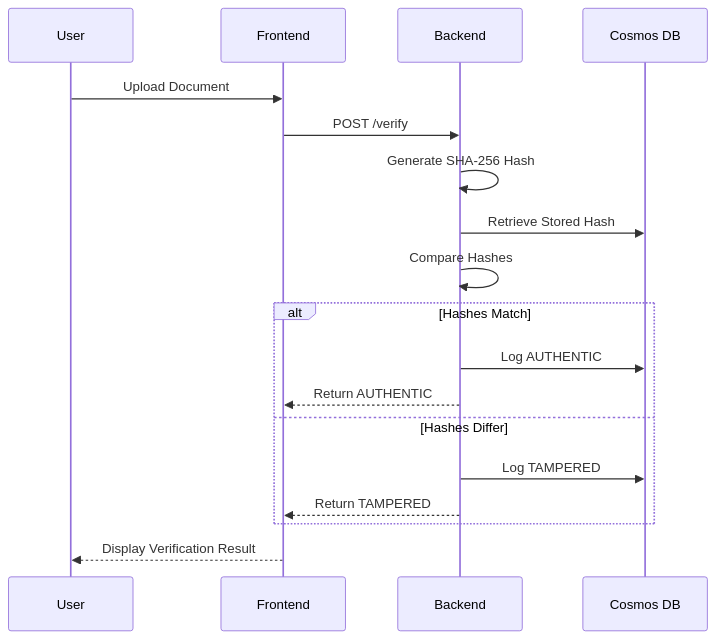
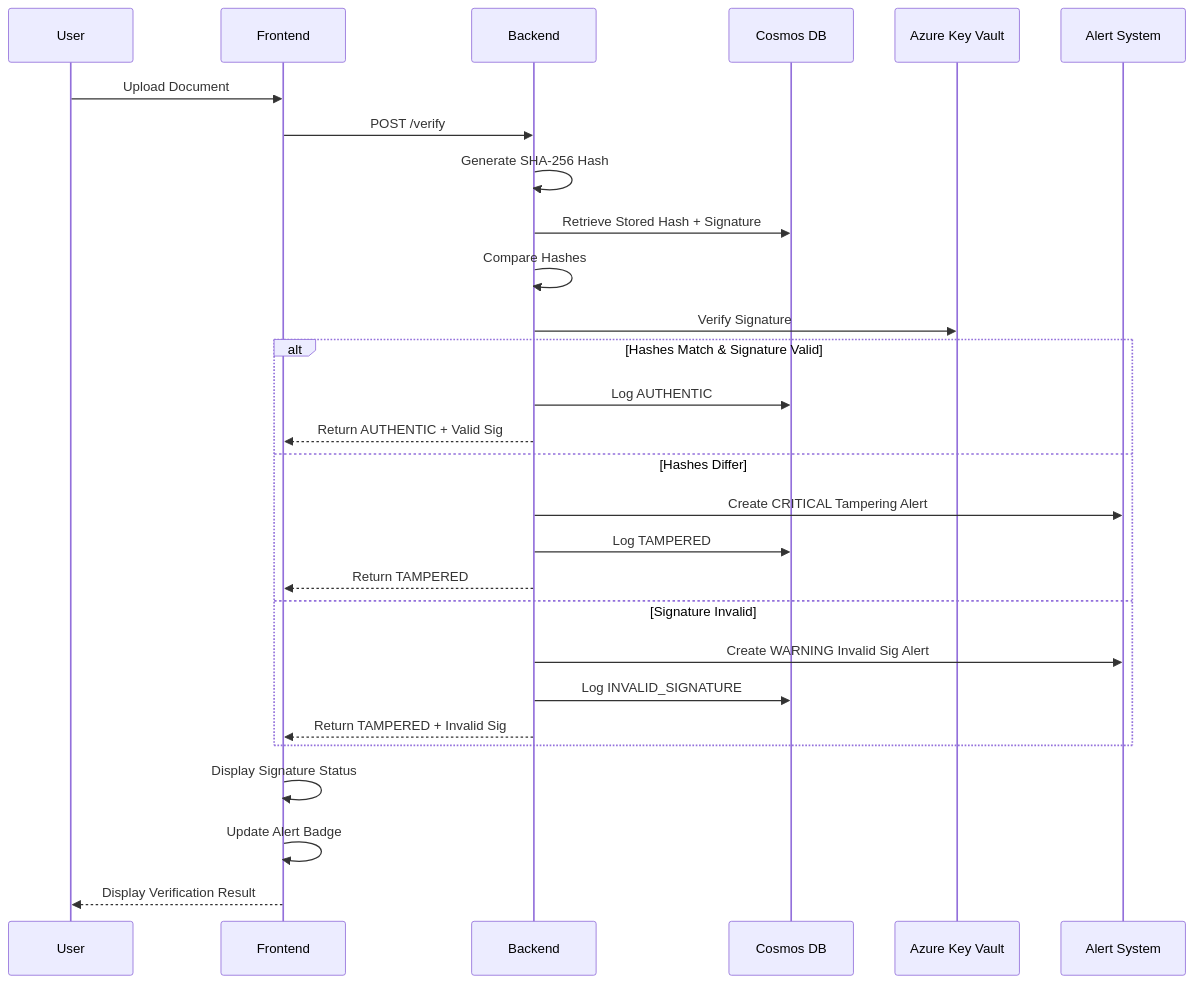
Before and after one commit to Jatin-code16/varitydoc: the second of 4 diagrams in README.md, drawn with Mermaid. The commit also changed other lines of this file and 28 other files, not shown here.

````diff
--- a/README.md
+++ b/README.md
@@ -194,16 +264,24 @@
 ```mermaid
 sequenceDiagram
     User->>Frontend: Upload Document
     Frontend->>Backend: POST /verify
     Backend->>Backend: Generate SHA-256 Hash
-    Backend->>Cosmos DB: Retrieve Stored Hash
+    Backend->>Cosmos DB: Retrieve Stored Hash + Signature
     Backend->>Backend: Compare Hashes
-    alt Hashes Match
+    Backend->>Azure Key Vault: Verify Signature
+    alt Hashes Match & Signature Valid
         Backend->>Cosmos DB: Log AUTHENTIC
-        Backend-->>Frontend: Return AUTHENTIC
+        Backend-->>Frontend: Return AUTHENTIC + Valid Sig
     else Hashes Differ
+        Backend->>Alert System: Create CRITICAL Tampering Alert
         Backend->>Cosmos DB: Log TAMPERED
         Backend-->>Frontend: Return TAMPERED
+    else Signature Invalid
+        Backend->>Alert System: Create WARNING Invalid Sig Alert
+        Backend->>Cosmos DB: Log INVALID_SIGNATURE
+        Backend-->>Frontend: Return TAMPERED + Invalid Sig
     end
+    Frontend->>Frontend: Display Signature Status
+    Frontend->>Frontend: Update Alert Badge
     Frontend-->>User: Display Verification Result
 ```
````
